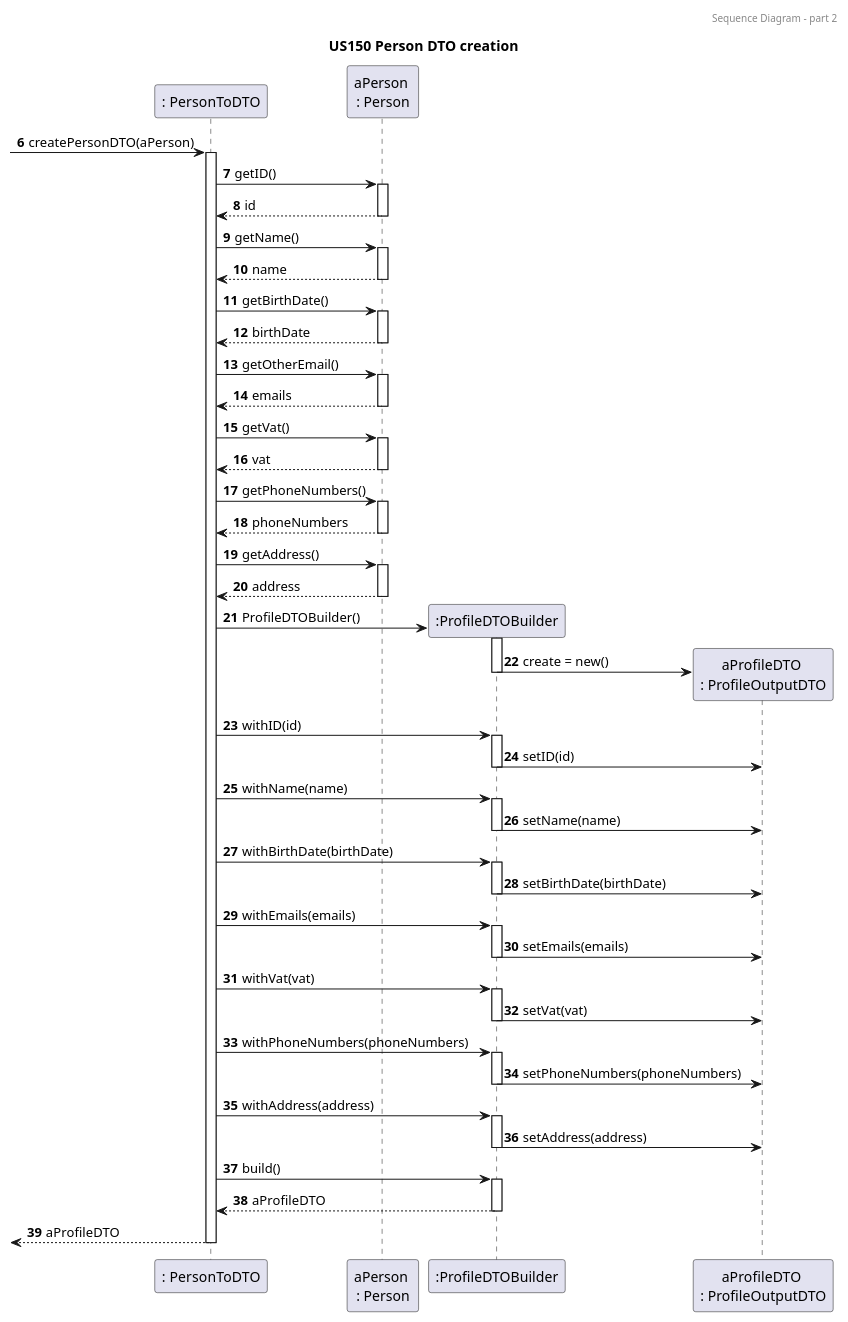
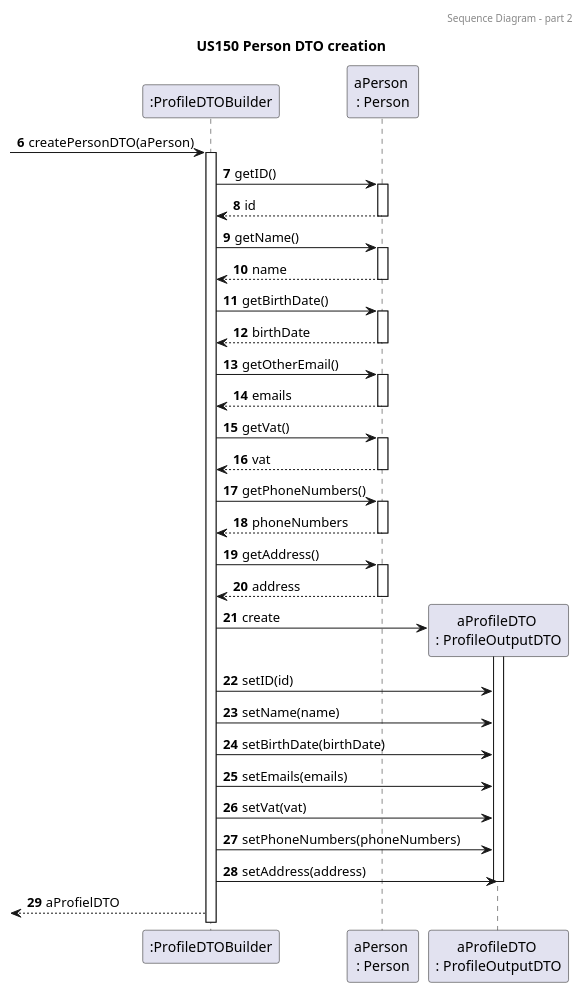
The fifth of 5 diagrams in docs/sprint4/user_stories/US150_GetFamilyMemberProfile.md (tomas-osswald/switch_2020_g3), drawn with PlantUML before and after one commit. The commit also changed 2 other files, not shown here.

Commit message:
updated us150 SD

`````diff
--- a/docs/sprint4/user_stories/US150_GetFamilyMemberProfile.md
+++ b/docs/sprint4/user_stories/US150_GetFamilyMemberProfile.md
@@ -265,9 +265,9 @@
 header Sequence Diagram - part 2
 title US150 Person DTO creation
 
-participant ": PersonToDTO" as mapper
+participant ":ProfileDTOBuilder" as mapper
 participant "aPerson \n: Person" as person
-participant ":ProfileDTOBuilder" as builder
+
 participant "aProfileDTO \n: ProfileOutputDTO" as profiledto
 
 -> mapper : createPersonDTO(aPerson)
@@ -300,51 +300,39 @@
 activate person
 return address
 
-mapper -> builder** : ProfileDTOBuilder() 
-activate builder
-builder -> profiledto **: create = new()
-deactivate builder
+mapper -> profiledto** : create 
 
-mapper -> builder : withID(id) 
-activate builder
-builder -> profiledto : setID(id)
-deactivate builder
 
-mapper -> builder : withName(name) 
-activate builder
-builder -> profiledto : setName(name)
-deactivate builder
+activate profiledto
+mapper -> profiledto : setID(id)
 
-mapper -> builder : withBirthDate(birthDate) 
-activate builder
-builder -> profiledto : setBirthDate(birthDate)
-deactivate builder
 
-mapper -> builder : withEmails(emails) 
-activate builder
-builder -> profiledto : setEmails(emails)
-deactivate builder
 
-mapper -> builder : withVat(vat) 
-activate builder
-builder -> profiledto : setVat(vat)
-deactivate builder
+mapper -> profiledto : setName(name)
 
-mapper -> builder : withPhoneNumbers(phoneNumbers) 
-activate builder
-builder -> profiledto : setPhoneNumbers(phoneNumbers)
-deactivate builder
 
-mapper -> builder : withAddress(address) 
-activate builder
-builder -> profiledto : setAddress(address)
-deactivate builder
 
-mapper -> builder : build()
-activate builder
-return aProfileDTO
+mapper -> profiledto : setBirthDate(birthDate)
 
-return aProfileDTO
+
+
+mapper -> profiledto : setEmails(emails)
+
+
+
+mapper -> profiledto : setVat(vat)
+
+
+mapper -> profiledto : setPhoneNumbers(phoneNumbers)
+
+
+
+mapper -> profiledto : setAddress(address)
+
+deactivate profiledto
+<-- mapper : aProfielDTO
+
+
 
 @enduml
 ````
`````
